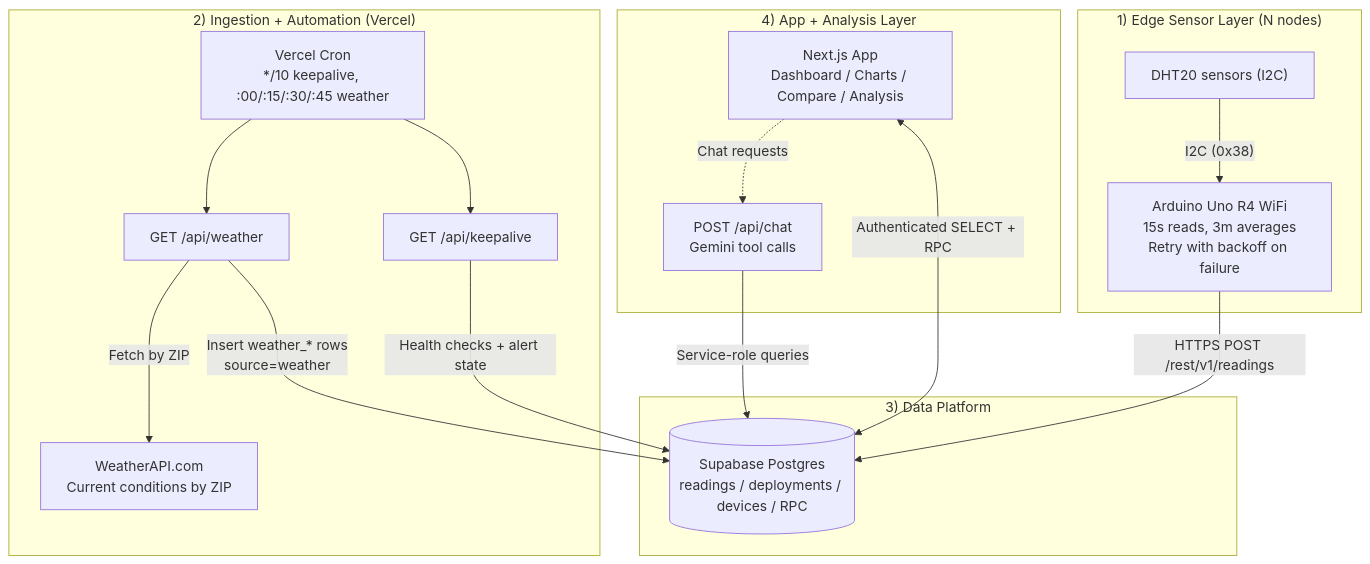
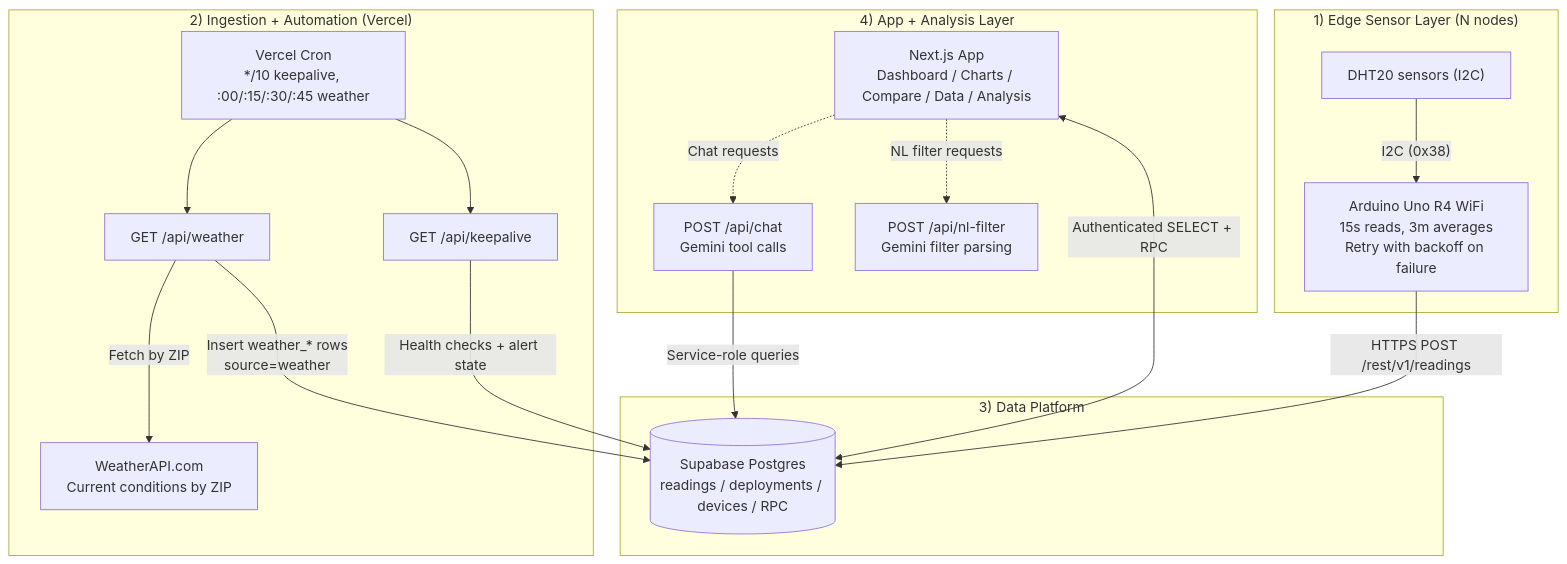
The diagram in README.md (nikholasnova/TH-Dashboard), drawn with Mermaid before and after one commit. The commit also changed other lines of this file and 55 other files, not shown here.

````diff
--- a/README.md
+++ b/README.md
@@ -15,34 +15,36 @@
 ```mermaid
 flowchart TB
   subgraph edge["1) Edge Sensor Layer (N nodes)"]
     dht["DHT20 sensors (I2C)"]
     nodes["Arduino Uno R4 WiFi<br/>15s reads, 3m averages<br/>Retry with backoff on failure"]
     dht -->|"I2C (0x38)"| nodes
   end
 
   subgraph ingest["2) Ingestion + Automation (Vercel)"]
     cron["Vercel Cron<br/>*/10 keepalive, :00/:15/:30/:45 weather"]
     keepalive["GET /api/keepalive"]
     weatherRoute["GET /api/weather"]
     wx["WeatherAPI.com<br/>Current conditions by ZIP"]
     cron --> keepalive
     cron --> weatherRoute
     weatherRoute -->|"Fetch by ZIP"| wx
   end
 
   subgraph data["3) Data Platform"]
     db[("Supabase Postgres<br/>readings / deployments / devices / RPC")]
   end
 
   subgraph app["4) App + Analysis Layer"]
-    ui["Next.js App<br/>Dashboard / Charts / Compare / Analysis"]
+    ui["Next.js App<br/>Dashboard / Charts / Compare / Data / Analysis"]
     chat["POST /api/chat<br/>Gemini tool calls"]
+    nl["POST /api/nl-filter<br/>Gemini filter parsing"]
   end
 
   nodes -->|"HTTPS POST /rest/v1/readings"| db
   keepalive -->|"Health checks + alert state"| db
   weatherRoute -->|"Insert weather_* rows<br/>source=weather"| db
   ui <-->|"Authenticated SELECT + RPC"| db
   chat -->|"Service-role queries"| db
   ui -. "Chat requests" .-> chat
+  ui -. "NL filter requests" .-> nl
 ```
````
